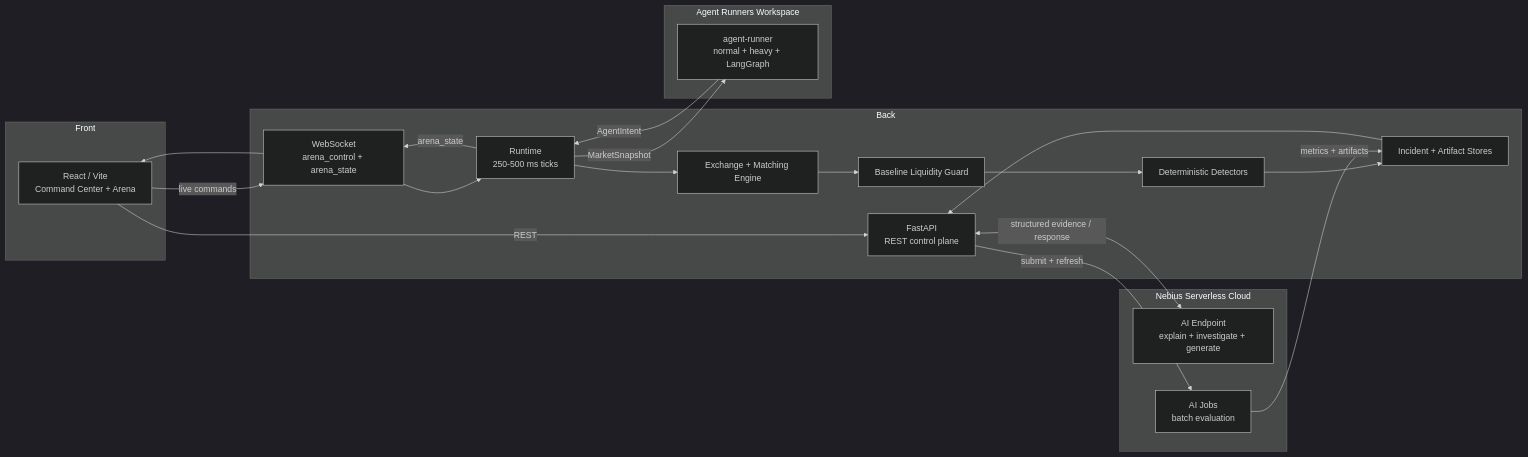
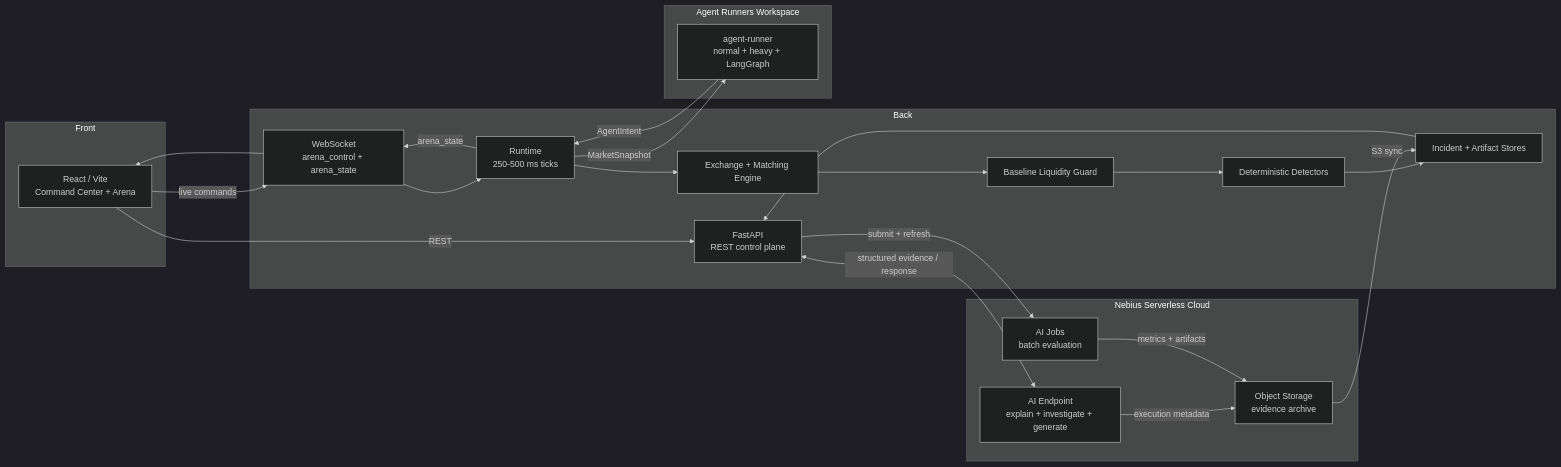
The first of 4 diagrams in docs/architecture.md (khab40/aimada), drawn with Mermaid (dark theme) before and after one commit. The commit also changed other lines of this file and 23 other files, not shown here.

````diff
--- a/docs/architecture.md
+++ b/docs/architecture.md
@@ -23,38 +23,41 @@
 ```mermaid
 flowchart LR
     subgraph Front["Front"]
         UI["React / Vite<br/>Command Center + Arena"]
     end
     subgraph Back["Back"]
         API["FastAPI<br/>REST control plane"]
         WS["WebSocket<br/>arena_control + arena_state"]
         Runtime["Runtime<br/>250-500 ms ticks"]
         Exchange["Exchange + Matching Engine"]
         Guard["Baseline Liquidity Guard"]
         Detectors["Deterministic Detectors"]
         Incidents["Incident + Artifact Stores"]
     end
     subgraph Workspace["Agent Runners Workspace"]
         Runner["agent-runner<br/>normal + heavy + LangGraph"]
     end
     subgraph Cloud["Nebius Serverless Cloud"]
         Endpoint["AI Endpoint<br/>explain + investigate + generate"]
         Jobs["AI Jobs<br/>batch evaluation"]
+        ObjectStorage["Object Storage<br/>evidence archive"]
     end
 
     UI -->|"REST"| API
     UI -->|"live commands"| WS
     WS --> Runtime
     Runtime -->|"MarketSnapshot"| Runner
     Runner -->|"AgentIntent"| Runtime
     Runtime --> Exchange
     Exchange --> Guard
     Guard --> Detectors
     Detectors --> Incidents
     Runtime -->|"arena_state"| WS
     WS --> UI
     API <-->|"structured evidence / response"| Endpoint
     API -->|"submit + refresh"| Jobs
-    Jobs -->|"metrics + artifacts"| Incidents
+    Endpoint -->|"execution metadata"| ObjectStorage
+    Jobs -->|"metrics + artifacts"| ObjectStorage
+    ObjectStorage -->|"S3 sync"| Incidents
     Incidents --> API
 ```
````
